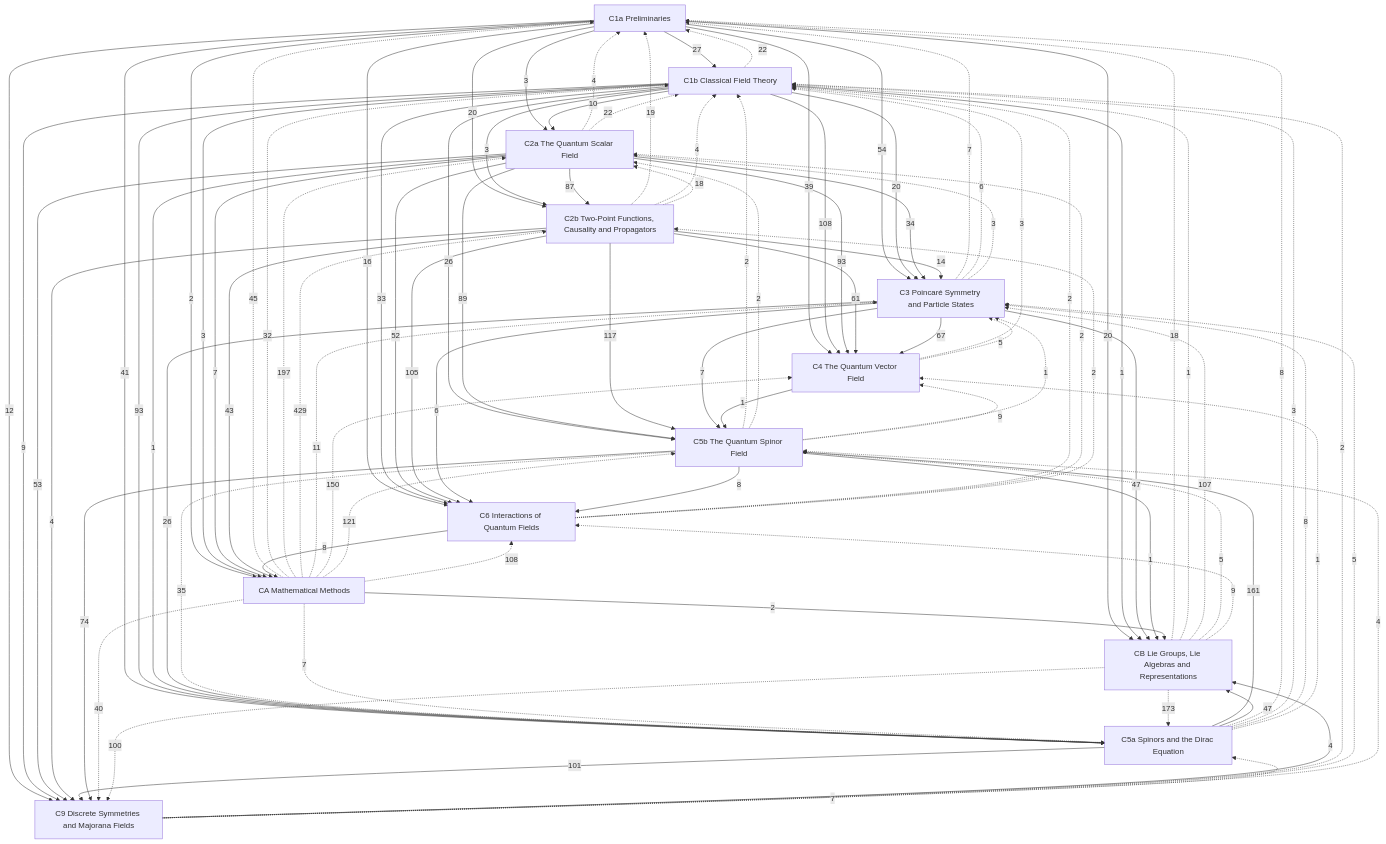
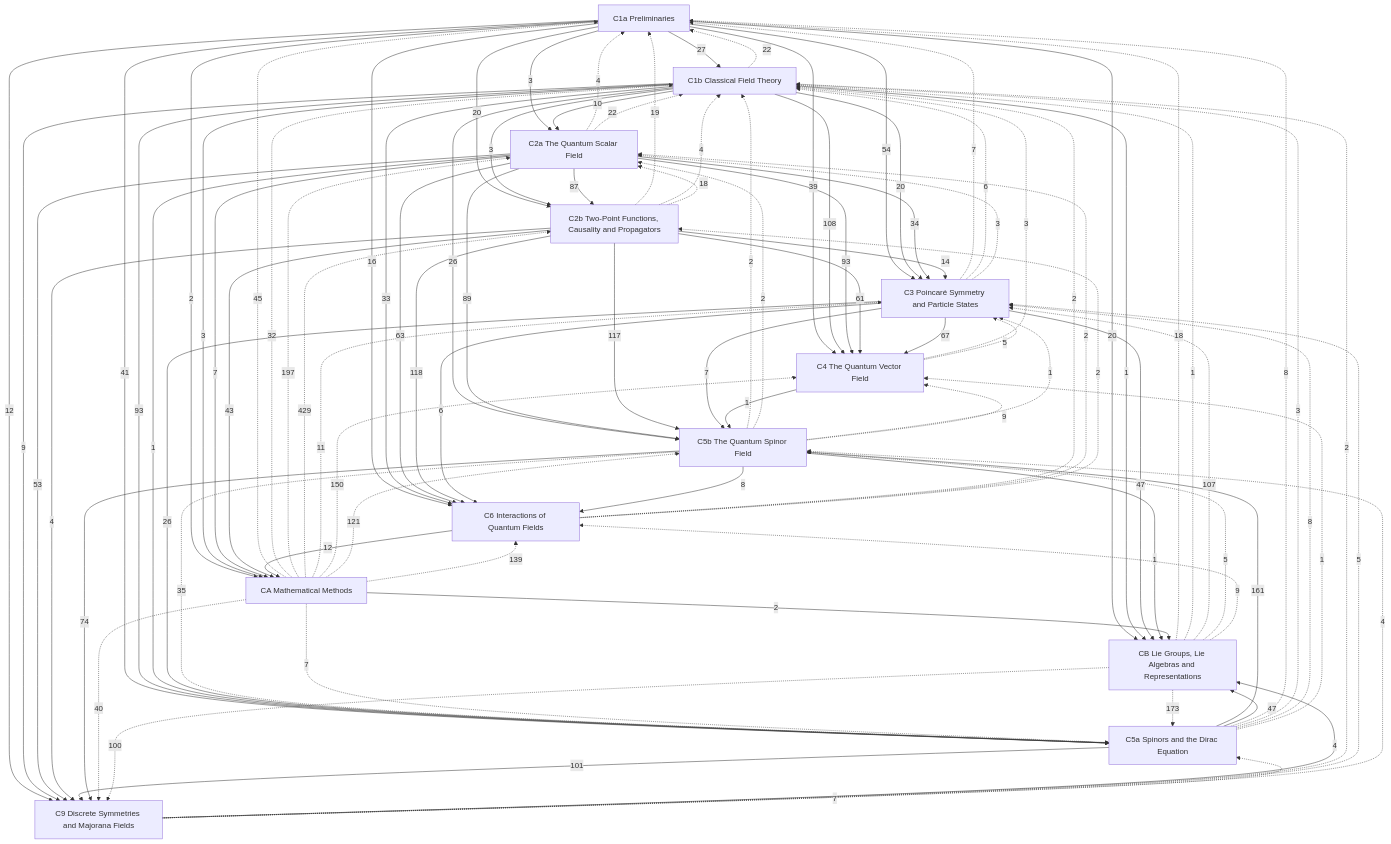
One commit to Onion20040508/notes changed the diagram in Physics/Quantum Field Theory/Quantum Field Theory.md. Above: the diagram before and after it, drawn with Mermaid. The commit also changed 22 other files, not shown here.

```diff
--- a/Physics/Quantum Field Theory/Quantum Field Theory.md
+++ b/Physics/Quantum Field Theory/Quantum Field Theory.md
@@ -69,8 +69,8 @@
   C5a -->|161| C5b
   C1a -->|16| C6
   C1b -->|33| C6
-  C2a -->|52| C6
-  C2b -->|105| C6
+  C2a -->|63| C6
+  C2b -->|118| C6
   C3 -->|6| C6
   C5b -->|8| C6
   C1a -->|12| C9
@@ -83,7 +83,7 @@
   C1b -->|3| CA
   C2a -->|7| CA
   C2b -->|43| CA
-  C6 -->|8| CA
+  C6 -->|12| CA
   C1a -->|20| CB
   C1b -->|1| CB
   C3 -->|47| CB
@@ -131,7 +131,7 @@
   C9 -.->|4| C5b
   CA -.->|121| C5b
   CB -.->|5| C5b
-  CA -.->|108| C6
+  CA -.->|139| C6
   CB -.->|9| C6
   CA -.->|40| C9
   CB -.->|100| C9
```
